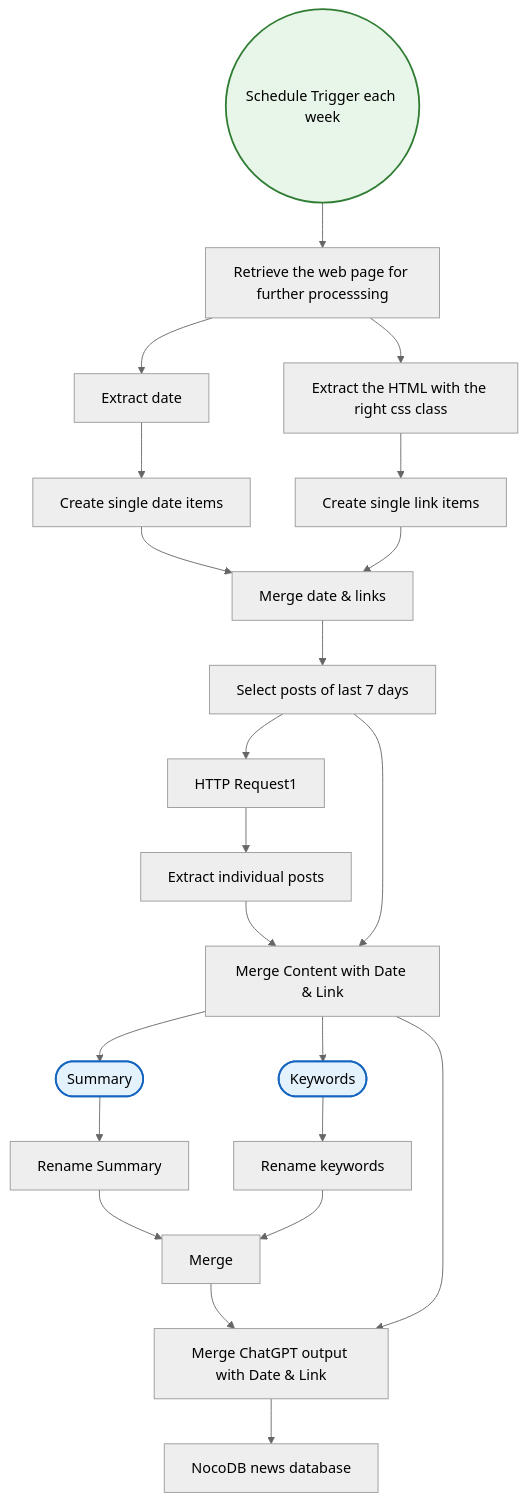
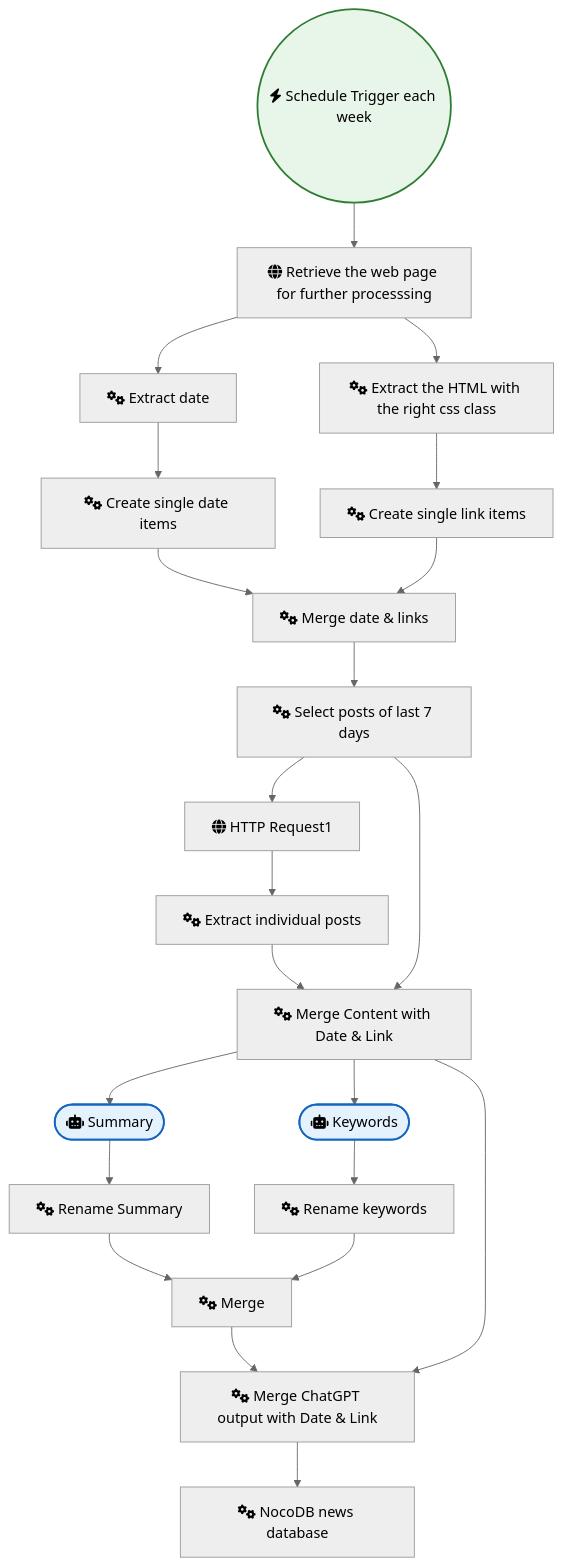
One commit to sreyash3105/N8N-DEMO-AUTOMATIONS changed the diagram in AI_Research_RAG_and_Data_Analysis/News Extraction.md. Above: the diagram before and after it, drawn with Mermaid (neutral theme). The commit also changed 291 other files, not shown here.

````diff
--- a/AI_Research_RAG_and_Data_Analysis/News Extraction.md
+++ b/AI_Research_RAG_and_Data_Analysis/News Extraction.md
@@ -1,47 +1,47 @@
 ```mermaid
 graph TD
     classDef trigger fill:#e8f5e9,stroke:#2e7d32,stroke-width:2px;
     classDef ai fill:#e3f2fd,stroke:#1565c0,stroke-width:2px;
     classDef logic fill:#fff3e0,stroke:#ef6c00,stroke-width:2px;
 
-    Extract_the_HTML_with_the_right_css_class["Extract the HTML with the right css class"]
-    Summary(["Summary"]):::ai
-    Keywords(["Keywords"]):::ai
-    Rename_keywords["Rename keywords"]
-    Rename_Summary["Rename Summary"]
-    Merge["Merge"]
-    Extract_date["Extract date"]
-    Select_posts_of_last_7_days["Select posts of last 7 days"]
-    Merge_date___links["Merge date & links"]
-    HTTP_Request1["HTTP Request1"]
-    Merge_Content_with_Date___Link["Merge Content with Date & Link"]
-    Extract_individual_posts["Extract individual posts"]
-    Merge_ChatGPT_output_with_Date___Link["Merge ChatGPT output with Date & Link"]
-    Retrieve_the_web_page_for_further_processsing["Retrieve the web page for further processsing"]
-    Schedule_Trigger_each_week(("Schedule Trigger each week")):::trigger
-    NocoDB_news_database["NocoDB news database"]
-    Create_single_link_items["Create single link items"]
-    Create_single_date_items["Create single date items"]
+    Extract_the_HTML_with_the_right_css_class["fas:fa-cogs Extract the HTML with the right css class"]
+    Summary(["fas:fa-robot Summary"]):::ai
+    Keywords(["fas:fa-robot Keywords"]):::ai
+    Rename_keywords["fas:fa-cogs Rename keywords"]
+    Rename_Summary["fas:fa-cogs Rename Summary"]
+    Merge["fas:fa-cogs Merge"]
+    Extract_date["fas:fa-cogs Extract date"]
+    Select_posts_of_last_7_days["fas:fa-cogs Select posts of last 7 days"]
+    Merge_date___links["fas:fa-cogs Merge date & links"]
+    HTTP_Request1["fas:fa-globe HTTP Request1"]
+    Merge_Content_with_Date___Link["fas:fa-cogs Merge Content with Date & Link"]
+    Extract_individual_posts["fas:fa-cogs Extract individual posts"]
+    Merge_ChatGPT_output_with_Date___Link["fas:fa-cogs Merge ChatGPT output with Date & Link"]
+    Retrieve_the_web_page_for_further_processsing["fas:fa-globe Retrieve the web page for further processsing"]
+    Schedule_Trigger_each_week(("fas:fa-bolt Schedule Trigger each week")):::trigger
+    NocoDB_news_database["fas:fa-cogs NocoDB news database"]
+    Create_single_link_items["fas:fa-cogs Create single link items"]
+    Create_single_date_items["fas:fa-cogs Create single date items"]
 
     Merge --> Merge_ChatGPT_output_with_Date___Link
     Summary --> Rename_Summary
     Keywords --> Rename_keywords
     Extract_date --> Create_single_date_items
     HTTP_Request1 --> Extract_individual_posts
     Rename_Summary --> Merge
     Rename_keywords --> Merge
     Merge_date___links --> Select_posts_of_last_7_days
     Create_single_date_items --> Merge_date___links
     Create_single_link_items --> Merge_date___links
     Extract_individual_posts --> Merge_Content_with_Date___Link
     Schedule_Trigger_each_week --> Retrieve_the_web_page_for_further_processsing
     Select_posts_of_last_7_days --> Merge_Content_with_Date___Link
     Select_posts_of_last_7_days --> HTTP_Request1
     Merge_Content_with_Date___Link --> Summary
     Merge_Content_with_Date___Link --> Keywords
     Merge_Content_with_Date___Link --> Merge_ChatGPT_output_with_Date___Link
     Merge_ChatGPT_output_with_Date___Link --> NocoDB_news_database
     Extract_the_HTML_with_the_right_css_class --> Create_single_link_items
     Retrieve_the_web_page_for_further_processsing --> Extract_the_HTML_with_the_right_css_class
     Retrieve_the_web_page_for_further_processsing --> Extract_date
 ```
````
